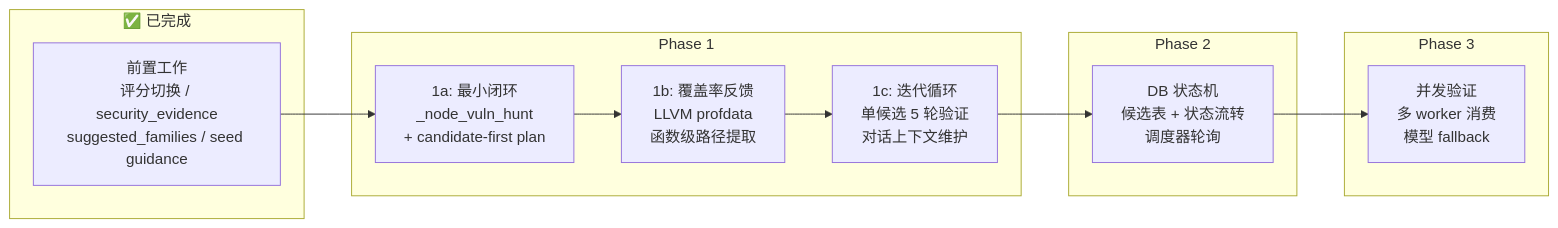
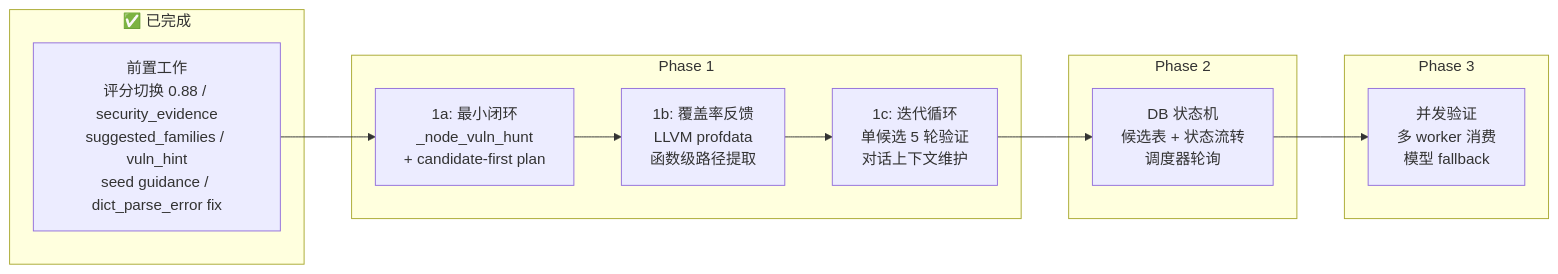
One commit to ZUENS2020/Sherpa changed the eighth of 8 diagrams in docs/VULN_HUNT_FULL_REFACTOR_PLAN.md. Above: the diagram before and after it, drawn with Mermaid. The commit also changed other lines of this file, not shown here.

First line of the commit message:
docs: fix outdated expressions in vuln hunt plan

````diff
--- a/docs/VULN_HUNT_FULL_REFACTOR_PLAN.md
+++ b/docs/VULN_HUNT_FULL_REFACTOR_PLAN.md
@@ -695,20 +695,20 @@
 ```mermaid
 flowchart LR
     subgraph done["✅ 已完成"]
-        PRE["前置工作<br/>评分切换 / security_evidence<br/>suggested_families / seed guidance"]
+        PRE["前置工作<br/>评分切换 0.88 / security_evidence<br/>suggested_families / vuln_hint<br/>seed guidance / dict_parse_error fix"]
     end
     subgraph p1["Phase 1"]
         P1A["1a: 最小闭环<br/>_node_vuln_hunt<br/>+ candidate-first plan"]
         P1B["1b: 覆盖率反馈<br/>LLVM profdata<br/>函数级路径提取"]
         P1C["1c: 迭代循环<br/>单候选 5 轮验证<br/>对话上下文维护"]
         P1A --> P1B --> P1C
     end
     subgraph p2["Phase 2"]
         P2A["DB 状态机<br/>候选表 + 状态流转<br/>调度器轮询"]
     end
     subgraph p3["Phase 3"]
         P3A["并发验证<br/>多 worker 消费<br/>模型 fallback"]
     end
     PRE --> P1A
     P1C --> P2A --> P3A
 ```
````
